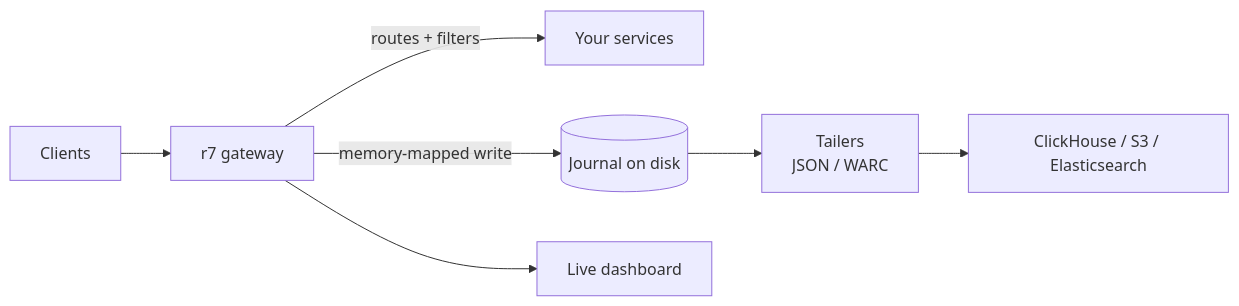
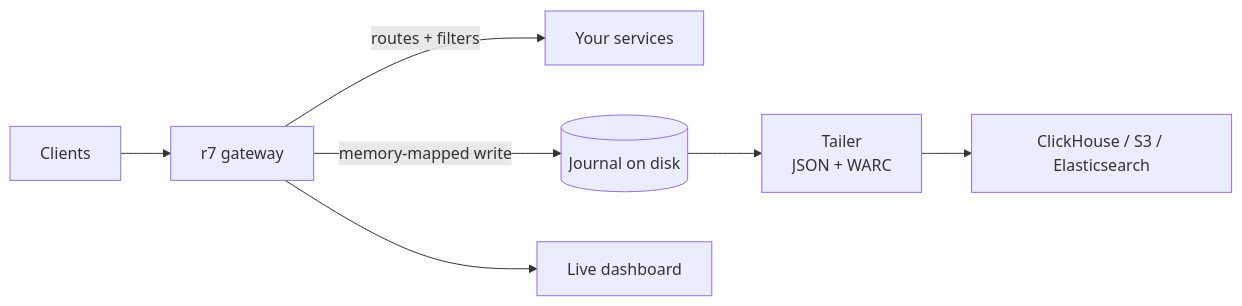
The diagram in docs/index.md (ethlo/r7), drawn with Mermaid before and after one commit. The commit also changed other lines of this file and 40 other files, not shown here.

First line of the commit message:
One tailer with two outputs: WARC files and JSON lines

````diff
--- a/docs/index.md
+++ b/docs/index.md
@@ -138,9 +138,9 @@
 ```mermaid
 graph LR
     Client[Clients] --> R7[r7 gateway]
     R7 -->|routes + filters| Up[Your services]
     R7 -->|memory-mapped write| Journal[(Journal on disk)]
-    Journal --> Tailers[Tailers<br/>JSON / WARC]
+    Journal --> Tailers[Tailer<br/>JSON + WARC]
     Tailers --> Store[ClickHouse / S3 / Elasticsearch]
     R7 --> Dash[Live dashboard]
 ```
````
